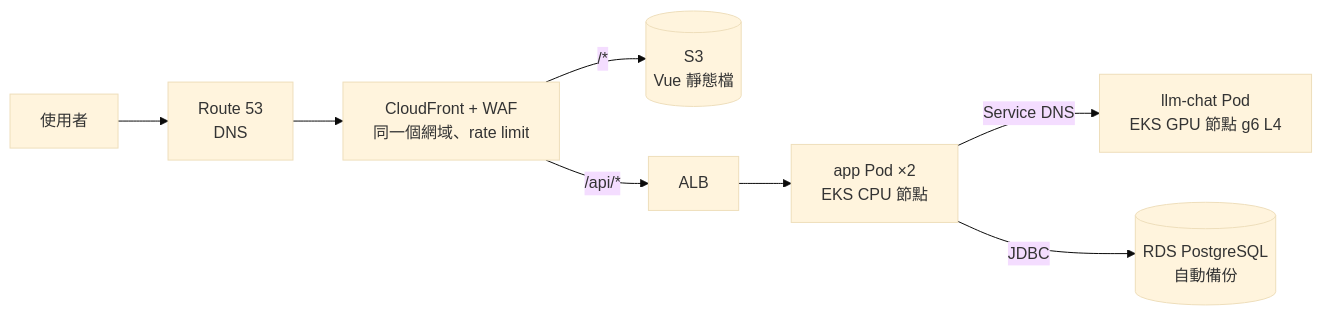
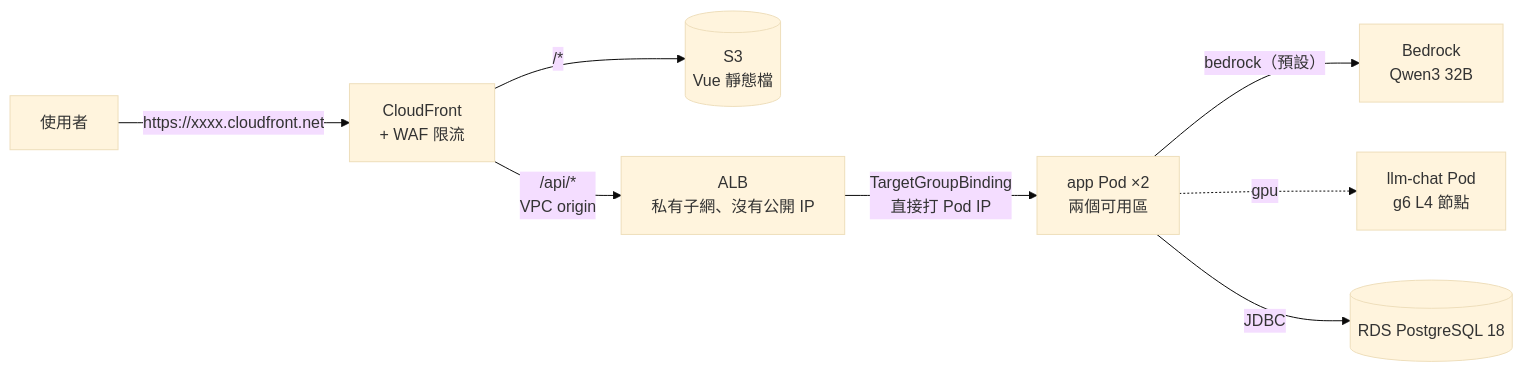
One commit to Anderson-chen/talkcal changed the first of 3 diagrams in infra/envs/2-eks/README.md. Above: the diagram before and after it, drawn with Mermaid (base theme). The commit also changed other lines of this file and 1 other file, not shown here.

First line of the commit message:
[docs] 2-eks README：成本估算、首次部署、已知限制、靜態檢查結果（#58）

````diff
--- a/infra/envs/2-eks/README.md
+++ b/infra/envs/2-eks/README.md
@@ -10,10 +13,10 @@
 ```mermaid
 flowchart LR
-    user["使用者"] --> r53["Route 53<br/>DNS"]
-    r53 --> cf["CloudFront + WAF<br/>同一個網域、rate limit"]
+    user["使用者"] -->|"https://xxxx.cloudfront.net"| cf["CloudFront<br/>+ WAF 限流"]
     cf -->|"/*"| s3web[("S3<br/>Vue 靜態檔")]
-    cf -->|"/api/*"| alb["ALB"]
-    alb --> app["app Pod ×2<br/>EKS CPU 節點"]
-    app -->|"Service DNS"| llm["llm-chat Pod<br/>EKS GPU 節點 g6 L4"]
-    app -->|"JDBC"| rds[("RDS PostgreSQL<br/>自動備份")]
+    cf -->|"/api/*<br/>VPC origin"| alb["ALB<br/>私有子網、沒有公開 IP"]
+    alb -->|"TargetGroupBinding<br/>直接打 Pod IP"| app["app Pod ×2<br/>兩個可用區"]
+    app -->|"bedrock（預設）"| br["Bedrock<br/>Qwen3 32B"]
+    app -.->|"gpu"| llm["llm-chat Pod<br/>g6 L4 節點"]
+    app -->|"JDBC"| rds[("RDS PostgreSQL 18")]
 ```
````
